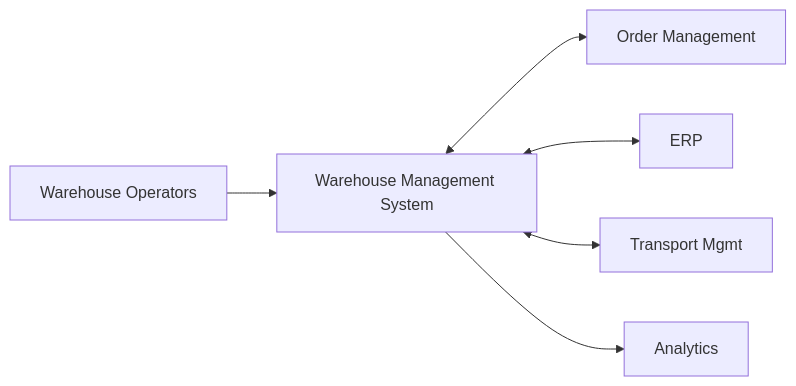
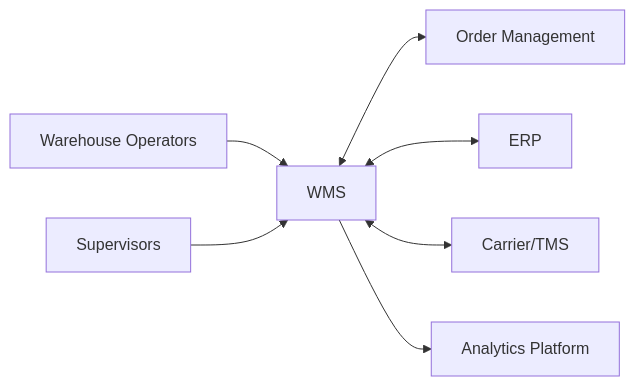
Before and after one commit to 0Ankit0/Project-Ideas: the first of 3 diagrams in Warehouse Management System/high-level-design/c4-diagrams.md, drawn with Mermaid. The commit also changed other lines of this file and 38 other files, not shown here.

````diff
--- a/Warehouse Management System/high-level-design/c4-diagrams.md
+++ b/Warehouse Management System/high-level-design/c4-diagrams.md
@@ -4,8 +4,9 @@
 ```mermaid
 flowchart LR
-    Operators[Warehouse Operators] --> WMS[Warehouse Management System]
+    Operators[Warehouse Operators] --> WMS[WMS]
+    Supervisors[Supervisors] --> WMS
     WMS <--> OMS[Order Management]
     WMS <--> ERP[ERP]
-    WMS <--> TMS[Transport Mgmt]
-    WMS --> BI[Analytics]
+    WMS <--> Carrier[Carrier/TMS]
+    WMS --> BI[Analytics Platform]
 ```
````
